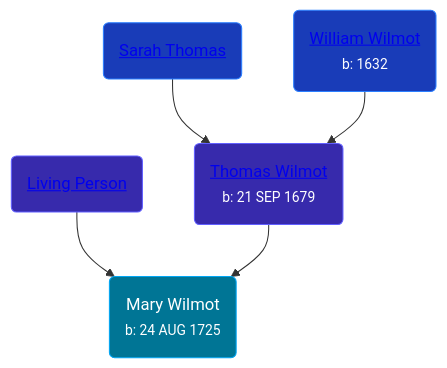
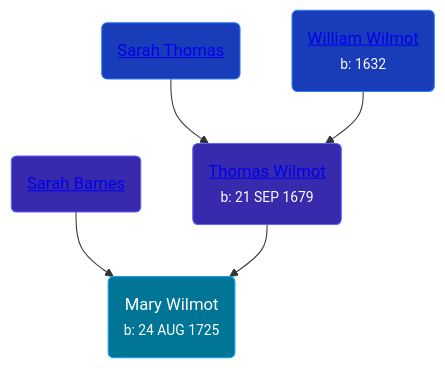
One commit to wpmgotkh/wpmgotkh.github.io changed the diagram in pages/people/6/63055620.md. Above: the diagram before and after it, drawn with Mermaid. The commit also changed other lines of this file and 586 other files, not shown here.

Commit message:
feat: better shouldConsiderPersonLiving algo

````diff
--- a/pages/people/6/63055620.md
+++ b/pages/people/6/63055620.md
@@ -10,11 +10,11 @@
 ```mermaid
 graph
 classDef grands fill:#193cb8,stroke:#2b7fff,stroke-width:1px,color:#fff;
 classDef parents fill:#372aac,stroke:#615fff,stroke-width:1px,color:#fff;
 classDef primary fill:#007595,stroke:#00a6f4,stroke-width:1px,color:#fff;
 63055620(Mary Wilmot<br /><small>b: 24 AUG 1725</small>):::primary
-642264(<a class="text-white" href="/people/6/642264">Living Person</a>):::parents-->63055620
+642264(<a class="text-white" href="/people/6/642264">Sarah Barnes</a>):::parents-->63055620
 36930663(<a class="text-white" href="/people/3/36930663">Thomas Wilmot</a><br /><small>b: 21 SEP 1679</small>):::parents-->63055620
 28506175(<a class="text-white" href="/people/2/28506175">Sarah Thomas</a>):::grands-->36930663
 47205976(<a class="text-white" href="/people/4/47205976">William Wilmot</a><br /><small>b: 1632</small>):::grands-->36930663
 ```
````
